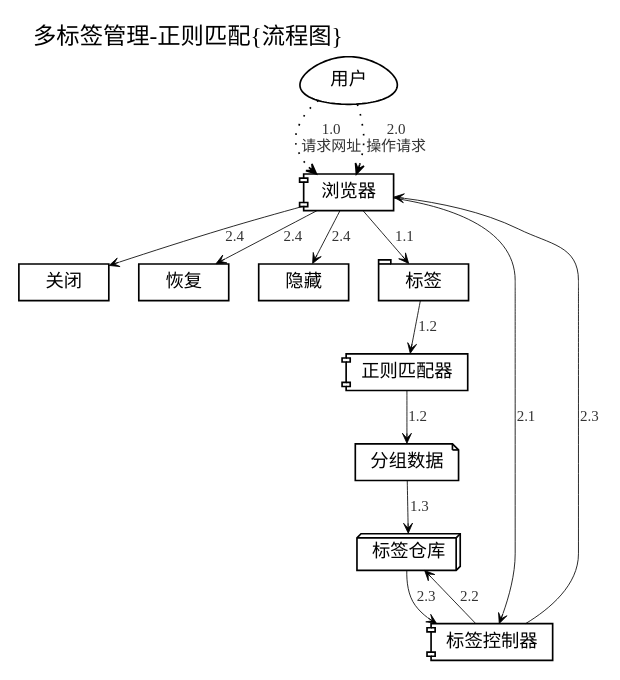
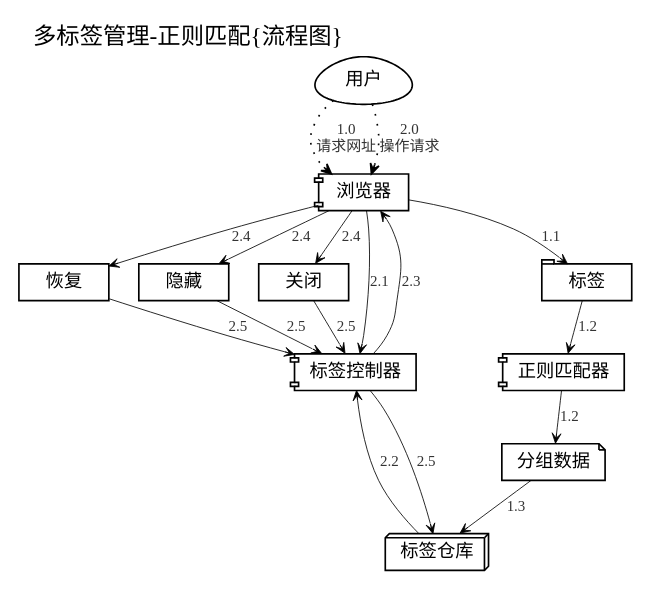
The diagram in dot/drm4k/lb-multitab-mana.dot (ZoomQuiet/zoomquiet.tangle), drawn with Graphviz before and after one commit. The commit also changed 5 other files, not shown here.

```diff
--- a/dot/drm4k/lb-multitab-mana.dot
+++ b/dot/drm4k/lb-multitab-mana.dot
@@ -1,90 +1,91 @@
     /*生成命令:
 $ dot -Tpng lb-multitab-mana.dot -o lb-multitab-mana.png
  -Tcmapx -o lb-crx-roles.map
     全局设定
     plaintext
 {{{#!GraphViz dot
     */
 
 digraph G4Lmultitab {
     /*全局设定*/
     graph [label="多标签管理-正则匹配{流程图}"
         ,fontsize=14.0
         ,fontname="WenQuanYi Micro Hei"
         ,labeljust="l",labelloc="t",center=1
         ,ranksep=0.3,center=1,ratio=compress
         ,rankdir=TB
         ];
 
     node[fontsize=11.0,height=0.3
         ,fontname="WenQuanYi Micro Hei"
         ,shape=component 
         ];
 
     edge [fontsize=9.0,fontcolor="#333333"
         ,fontname="WenQuanYi Micro Hei"
         ,arrowsize=0.6,arrowhead=vee,arrowtail=none
         ,style="setlinewidth(0.5)"
         ];
 /*
     src [label="源码",shape=ellipse,style="filled,dashed,setlinewidth(5)"
         ,color="#333333",fillcolor=dimgray
         ,URL="http://code.google.com/p/zoomquiet/source/browse/dot/obp/csdndr1-km.dot?repo=tangle"];
     /*图元声明
     start       [label="流程开始/结束",shape=point];
     end         [label="",shape=doublecircle,fillcolor=red];
 
     box         [label="实体/对象",shape=box];
     ellipse     [label="行动/节点",shape=ellipse];
     egg         [label="用户/人物",shape=egg];
     plaintext   [label="状态/属性",shape=plaintext,fillcolor=whitesmoke];
     diamond     [label="判别",shape=diamond];
     note        [label="注释",shape=note];
     tab         [label="目录/模块",shape=tab];
     db          [label="数据库",shape=box3d];
     component   [label="主机/组件",shape=component];
   ,style="rounded,dotted"];
     url [label="网址",shape=note];
     act [label="操作",shape=note];
 */
 
     USER [label="用户",shape=egg];
         close [label="关闭",shape=box];
         revert [label="恢复",shape=box];
         hide [label="隐藏",shape=box];
 
     browser [label="浏览器"];
 
     TAB [label="标签",shape=tab];
 
     tabStore [label="标签仓库",shape=box3d];
     reTAB [label="正则匹配器",shape=component];
         groups [label="分组数据",shape=note];
     doTAB [label="标签控制器",shape=component];
 
 
     /*图例关系
     */
     USER->browser  [label="1.0\n请求网址",style="dotted"];
     browser->TAB   [label="1.1"];
         TAB->reTAB->groups [label="1.2"];
         groups->tabStore [label="1.3"];
     USER->browser [label="2.0\n操作请求",style="dotted"];
     browser->doTAB [label="2.1"];
-        doTAB->tabStore [label="2.2"];
-        tabStore->doTAB->browser [label="2.3"];
+        tabStore->doTAB [label="2.2"];
+        doTAB->browser [label="2.3"];
         browser->{close revert hide} [label="2.4"];
+        {close revert hide}->doTAB->tabStore [label="2.5"];
 
 /*
     { rank=same; AC    srvAC; }
     { rank=same; COMM    commander; }
     { rank=same; DONE   uriStore; }
 
     AC[label="认证准备",shape=plaintext];
     COMM[label="推荐阶段",shape=plaintext];
     DONE[label="完成阶段",shape=plaintext];
     AC->COMM->DONE;
 */
     edge [style=invis];
 
 }
```
